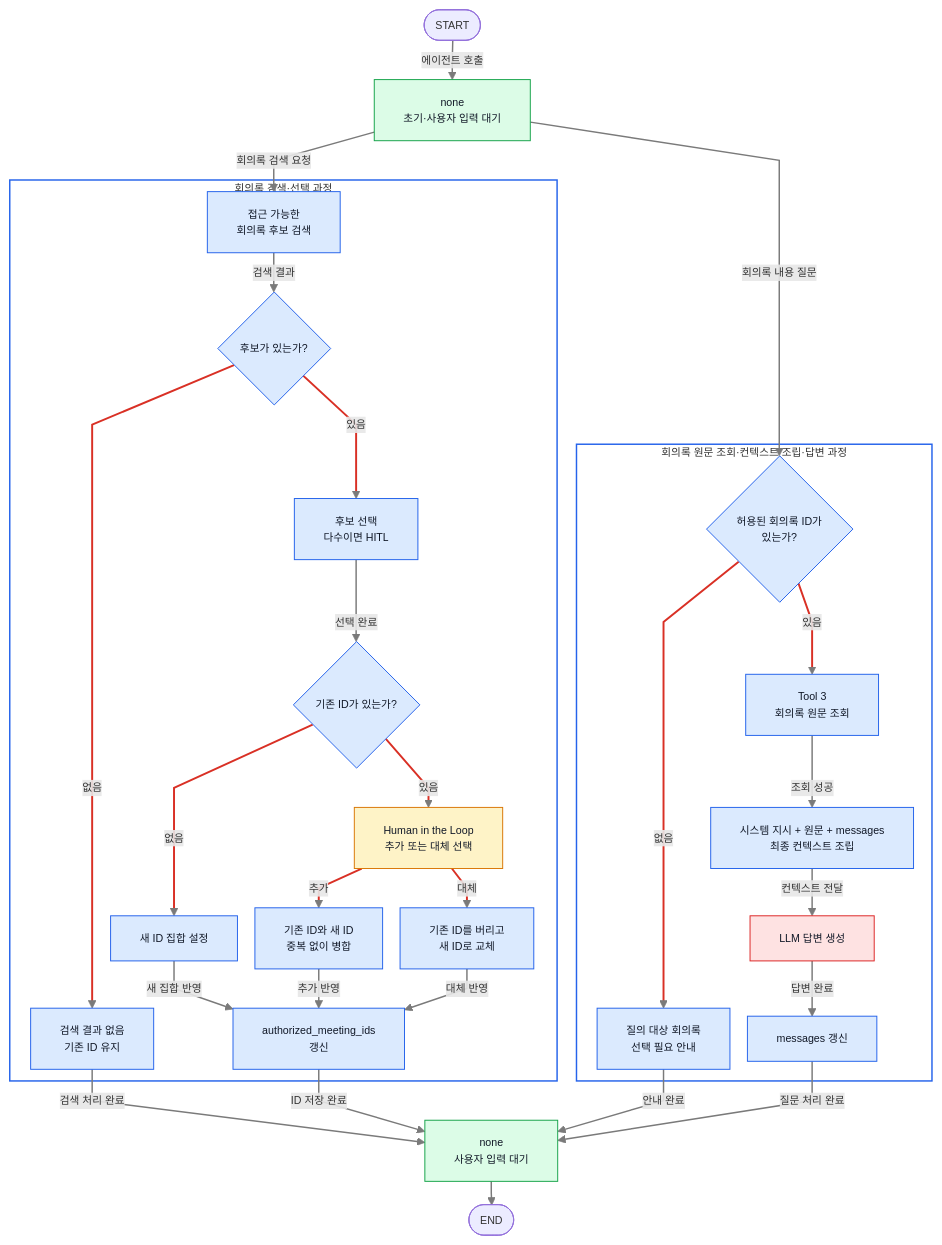
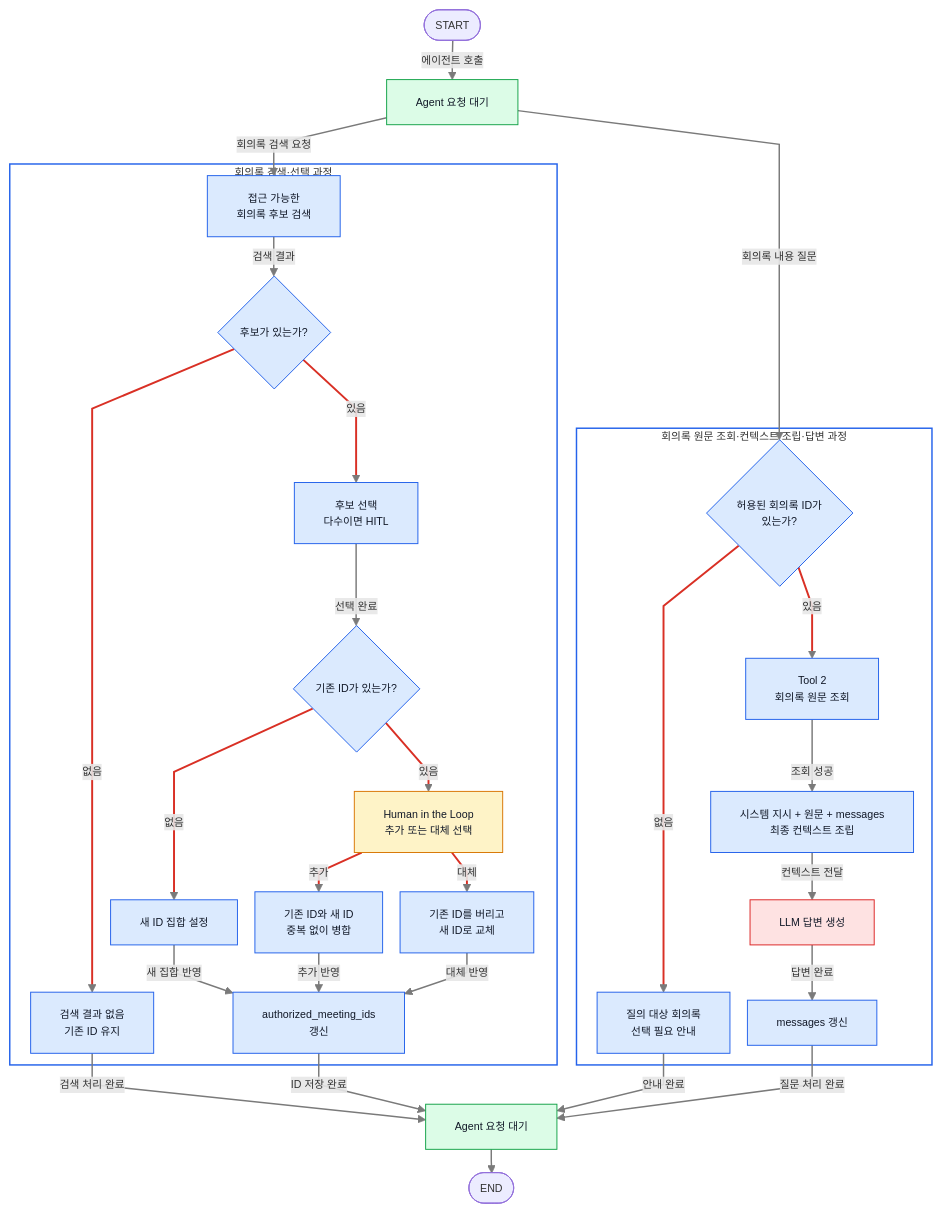
Before and after one commit to ericyum/Obsidian: the sixth of 8 diagrams in ZENAI/에이전트 설계/회의록 에이전트 설계/1-2. 회의록 에이전트 워크플로우 Graph 상세.md, drawn with Mermaid. The commit also changed other lines of this file and 5 other files, not shown here.

````diff
--- a/ZENAI/에이전트 설계/회의록 에이전트 설계/1-2. 회의록 에이전트 워크플로우 Graph 상세.md
+++ b/ZENAI/에이전트 설계/회의록 에이전트 설계/1-2. 회의록 에이전트 워크플로우 Graph 상세.md
@@ -365,50 +347,50 @@
 ```mermaid
 %%{init: {"flowchart": {"useMaxWidth": true, "nodeSpacing": 18, "rankSpacing": 24, "curve": "linear"}, "themeVariables": {"fontSize": "11px"}}}%%
 flowchart TB
-    S(["START"]) -->|"에이전트 호출"| N1["none<br/>초기·사용자 입력 대기"]
+    S(["START"]) -->|"에이전트 호출"| N1["Agent 요청 대기"]
     N1 -->|"회의록 검색 요청"| SE
     N1 -->|"회의록 내용 질문"| QV
 
     subgraph SEARCH["회의록 검색·선택 과정"]
         SE["접근 가능한<br/>회의록 후보 검색"] -->|"검색 결과"| C{"후보가 있는가?"}
         C -->|"없음"| KEEP["검색 결과 없음<br/>기존 ID 유지"]
         C -->|"있음"| SEL["후보 선택<br/>다수이면 HITL"]
         SEL -->|"선택 완료"| X{"기존 ID가 있는가?"}
         X -->|"없음"| SET["새 ID 집합 설정"]
         X -->|"있음"| H["Human in the Loop<br/>추가 또는 대체 선택"]
         H -->|"추가"| ADD["기존 ID와 새 ID<br/>중복 없이 병합"]
         H -->|"대체"| REP["기존 ID를 버리고<br/>새 ID로 교체"]
         SET -->|"새 집합 반영"| SAVE["authorized_meeting_ids<br/>갱신"]
         ADD -->|"추가 반영"| SAVE
         REP -->|"대체 반영"| SAVE
     end
 
     subgraph QUESTION["회의록 원문 조회·컨텍스트 조립·답변 과정"]
         QV{"허용된 회의록 ID가<br/>있는가?"}
         QV -->|"없음"| QERR["질의 대상 회의록<br/>선택 필요 안내"]
-        QV -->|"있음"| DOC["Tool 3<br/>회의록 원문 조회"]
+        QV -->|"있음"| DOC["Tool 2<br/>회의록 원문 조회"]
         DOC -->|"조회 성공"| CTX["시스템 지시 + 원문 + messages<br/>최종 컨텍스트 조립"]
         CTX -->|"컨텍스트 전달"| LLM["LLM 답변 생성"]
         LLM -->|"답변 완료"| MSG["messages 갱신"]
     end
 
-    KEEP -->|"검색 처리 완료"| N2["none<br/>사용자 입력 대기"]
+    KEEP -->|"검색 처리 완료"| N2["Agent 요청 대기"]
     SAVE -->|"ID 저장 완료"| N2
     QERR -->|"안내 완료"| N2
     MSG -->|"질문 처리 완료"| N2
     N2 --> E(["END"])
 
     classDef state fill:#dbeafe,stroke:#2563eb,color:#111827;
     classDef idle fill:#dcfce7,stroke:#16a34a,color:#111827;
     classDef hitl fill:#fef3c7,stroke:#d97706,color:#111827;
     classDef llm fill:#fee2e2,stroke:#dc2626,color:#111827;
     classDef internal fill:#dbeafe,stroke:#2563eb,color:#111827;
     class N1,N2 idle;
     class H hitl;
     class LLM llm;
     class SE,C,KEEP,SEL,X,SET,ADD,REP,SAVE,QV,QERR,DOC,CTX,MSG internal;
     style SEARCH fill:transparent,stroke:#2563eb,stroke-width:1.5px;
     style QUESTION fill:transparent,stroke:#2563eb,stroke-width:1.5px;
     linkStyle default stroke:#7a7a7a,stroke-width:1.5px;
     linkStyle 4,5,7,8,9,10,14,15 stroke:#d93025,stroke-width:2px;
 ```
````
